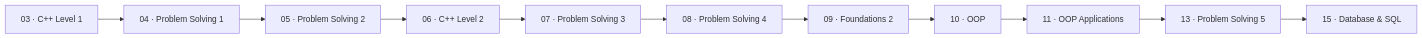
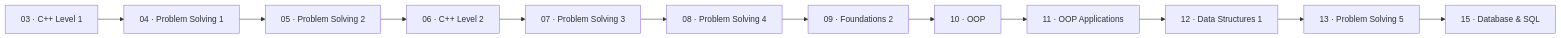
The diagram in README.md (dariwsh/Programming-Foundations), drawn with Mermaid before and after one commit. The commit also changed other lines of this file and 133 other files, not shown here.

First line of the commit message:
Restore course 12 Data Structures Level 1

````diff
--- a/README.md
+++ b/README.md
@@ -82,13 +88,14 @@
 ```mermaid
 flowchart LR
     A["03 · C++ Level 1"] --> B["04 · Problem Solving 1"]
     B --> C["05 · Problem Solving 2"]
     C --> D["06 · C++ Level 2"]
     D --> E["07 · Problem Solving 3"]
     E --> F["08 · Problem Solving 4"]
     F --> G["09 · Foundations 2"]
     G --> H["10 · OOP"]
     H --> I["11 · OOP Applications"]
-    I --> J["13 · Problem Solving 5"]
+    I --> L["12 · Data Structures 1"]
+    L --> J["13 · Problem Solving 5"]
     J --> K["15 · Database & SQL"]
 ```
````
